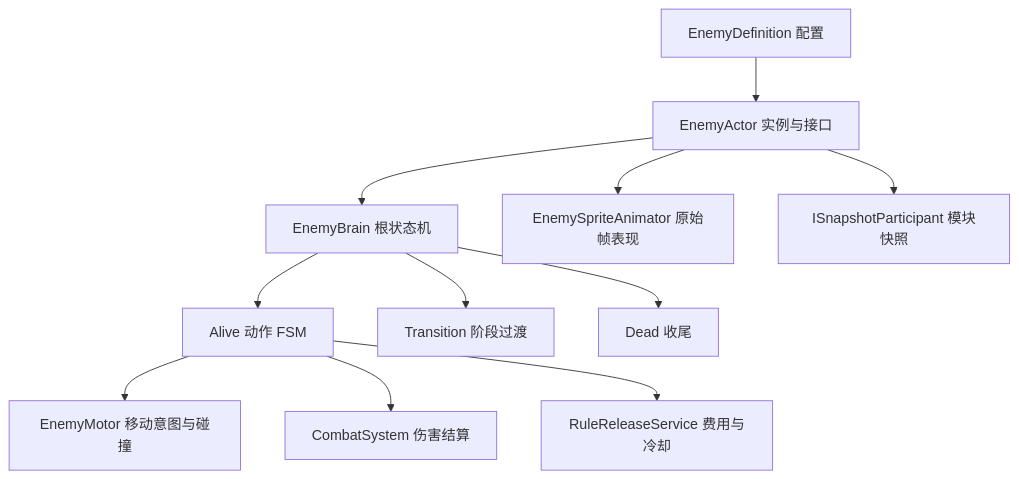
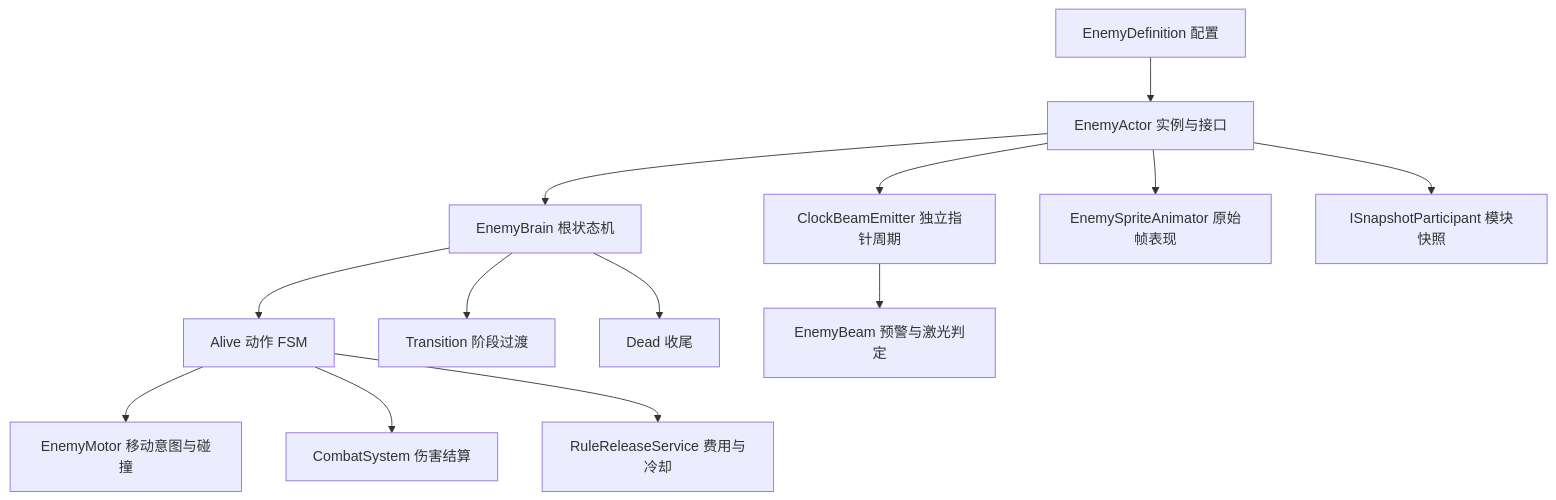
Before and after one commit to MorrowHome/Project-Rule: the first of 3 diagrams in Doc/敌人系统接入.md, drawn with Mermaid. The commit also changed other lines of this file and 21 other files, not shown here.

````diff
--- a/Doc/敌人系统接入.md
+++ b/Doc/敌人系统接入.md
@@ -37,13 +37,15 @@
 ```mermaid
 flowchart TD
     D[EnemyDefinition 配置] --> A[EnemyActor 实例与接口]
     A --> H[EnemyBrain 根状态机]
     H --> L[Alive 动作 FSM]
     H --> T[Transition 阶段过渡]
     H --> X[Dead 收尾]
     L --> M[EnemyMotor 移动意图与碰撞]
     L --> C[CombatSystem 伤害结算]
     L --> R[RuleReleaseService 费用与冷却]
+    A --> E[ClockBeamEmitter 独立指针周期]
+    E --> B[EnemyBeam 预警与激光判定]
     A --> V[EnemySpriteAnimator 原始帧表现]
     A --> S[ISnapshotParticipant 模块快照]
 ```
````
